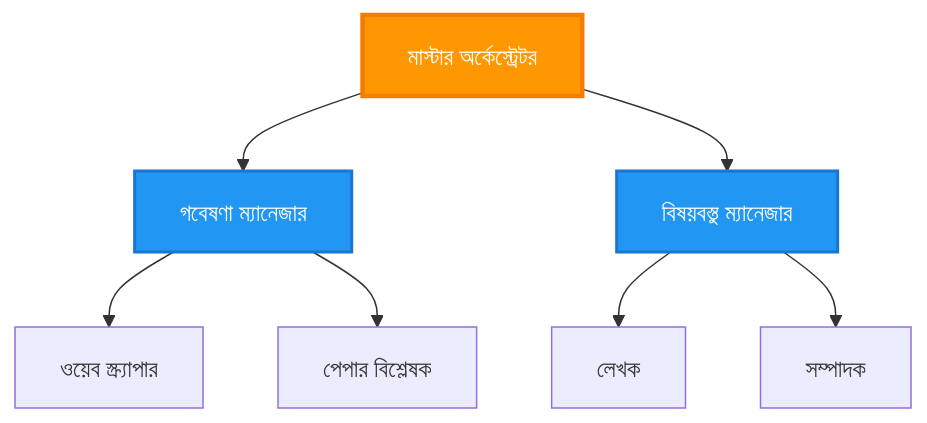
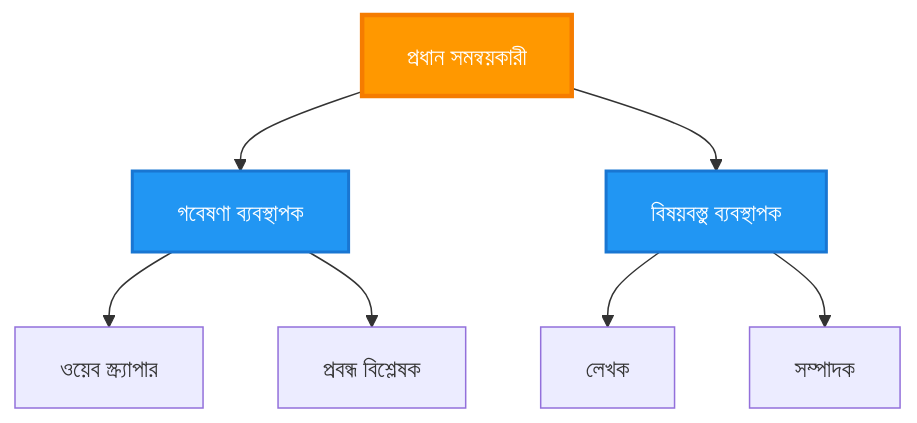
The third of 6 diagrams in translations/bn/docs/chapter-06-pre-deployment/coordination-patterns.md (microsoft/AZD-for-beginners), drawn with Mermaid before and after one commit. The commit also changed other lines of this file and 101 other files, not shown here.

````diff
--- a/translations/bn/docs/chapter-06-pre-deployment/coordination-patterns.md
+++ b/translations/bn/docs/chapter-06-pre-deployment/coordination-patterns.md
@@ -149,21 +143,21 @@
 ```mermaid
 graph TB
-    Master[মাস্টার অর্কেস্ট্রেটর]
-    Manager1[গবেষণা ম্যানেজার]
-    Manager2[বিষয়বস্তু ম্যানেজার]
+    Master[প্রধান সমন্বয়কারী]
+    Manager1[গবেষণা ব্যবস্থাপক]
+    Manager2[বিষয়বস্তু ব্যবস্থাপক]
     W1[ওয়েব স্ক্র্যাপার]
-    W2[পেপার বিশ্লেষক]
+    W2[প্রবন্ধ বিশ্লেষক]
     W3[লেখক]
     W4[সম্পাদক]
     
     Master --> Manager1
     Master --> Manager2
     Manager1 --> W1
     Manager1 --> W2
     Manager2 --> W3
     Manager2 --> W4
     
     style Master fill:#FF9800,stroke:#F57C00,stroke-width:3px,color:#fff
     style Manager1 fill:#2196F3,stroke:#1976D2,stroke-width:2px,color:#fff
     style Manager2 fill:#2196F3,stroke:#1976D2,stroke-width:2px,color:#fff
 ```
````
